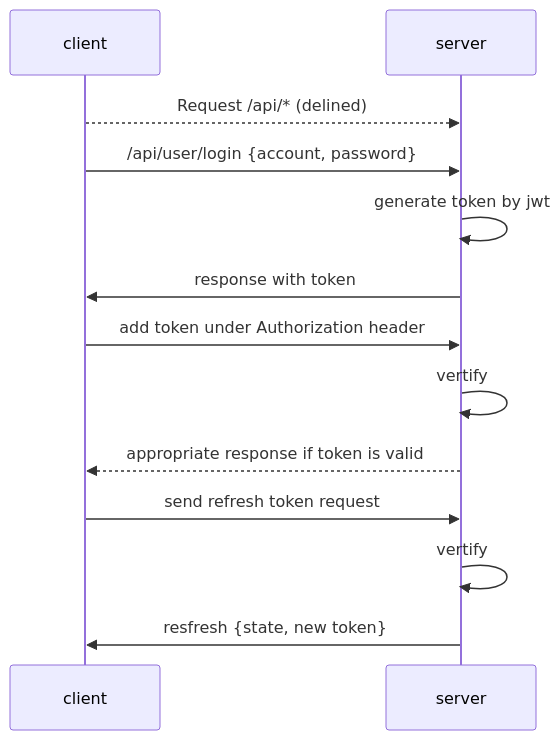
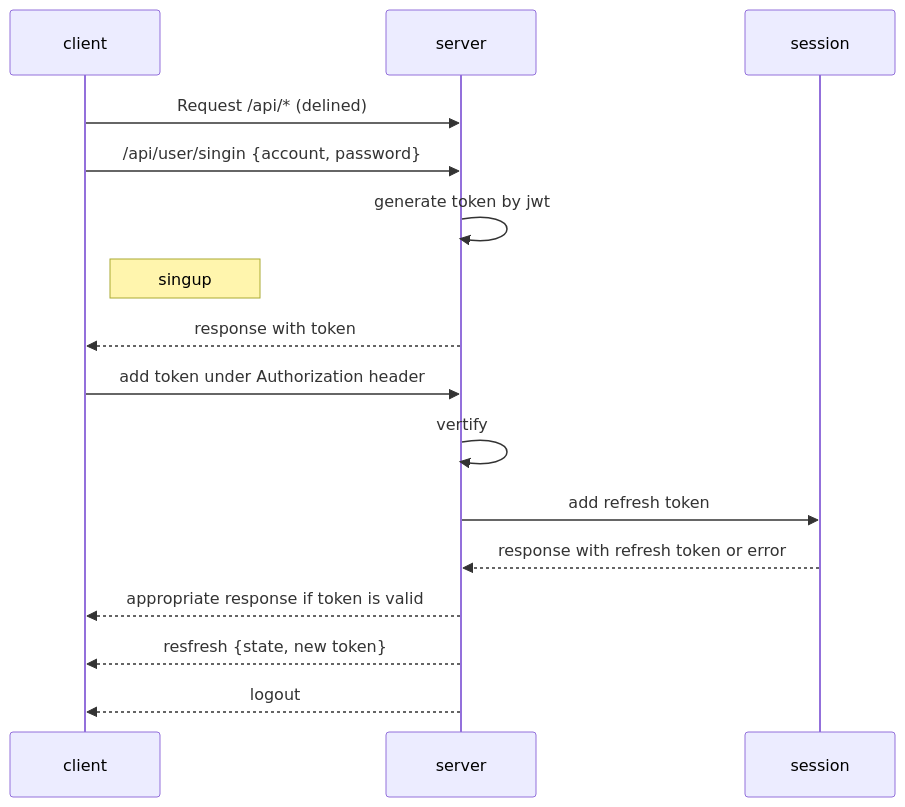
One commit to Sieluna/ShaderLab-Draft changed the first of 6 diagrams in docs/ShaderLabAPI.md. Above: the diagram before and after it, drawn with Mermaid. The commit also changed other lines of this file and 25 other files, not shown here.

````diff
--- a/docs/ShaderLabAPI.md
+++ b/docs/ShaderLabAPI.md
@@ -21,15 +21,18 @@
 ```mermaid
 sequenceDiagram
     participant client
     participant server
-    client-->>server: Request /api/* (delined)
-    client->>server: /api/user/login {account, password}
-    server->>server: generate token by jwt
-    server->>client: response with token
-    client->>server: add token under Authorization header
-    server->>server: vertify
-    server-->>client: appropriate response if token is valid
-    client->>server: send refresh token request
-    server->>server: vertify
-    server->>client: resfresh {state, new token}
+    participant session
+    client ->> server: Request /api/* (delined)
+    client ->> server: /api/user/singin {account, password}
+    server ->> server: generate token by jwt
+    Note right of client: singup
+    server -->> client: response with token
+    client ->> server: add token under Authorization header
+    server ->> server: vertify
+    server ->> session: add refresh token
+    session -->> server: response with refresh token or error
+    server-->> client: appropriate response if token is valid
+    server-->> client: resfresh {state, new token}
+    server-->> client: logout
 ```
````
